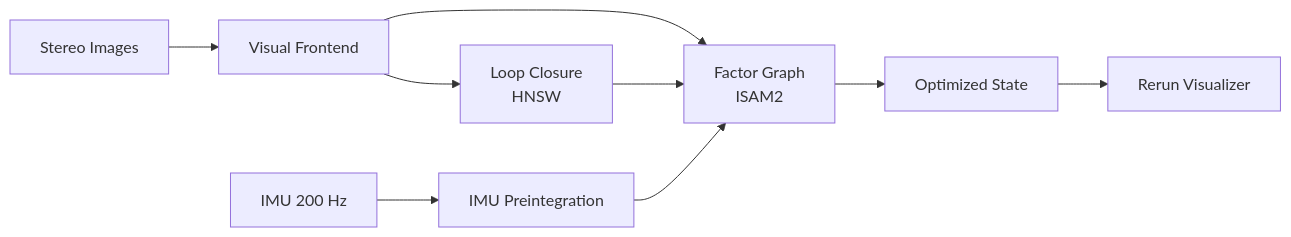
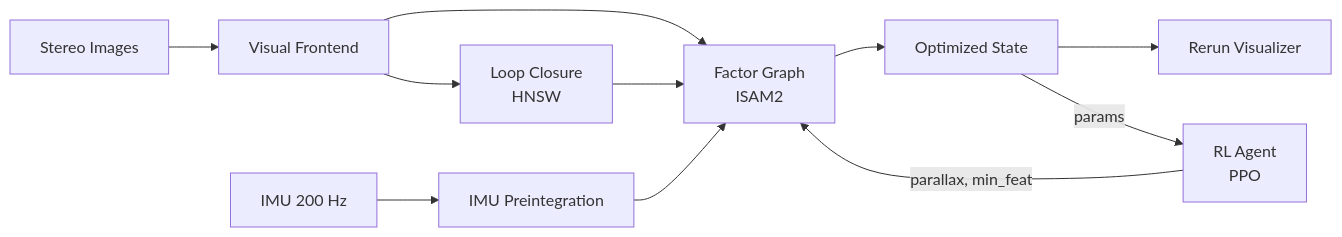
One commit to liorsl1/VIO-Tightly changed the first of 2 diagrams in README.md. Above: the diagram before and after it, drawn with Mermaid. The commit also changed other lines of this file and 1 other file, not shown here.

Commit message:
direct-method: Update readme file, with new factor-graph vis.

````diff
--- a/README.md
+++ b/README.md
@@ -21,11 +27,13 @@
 ```mermaid
 graph LR
     A[Stereo Images] --> B[Visual Frontend]
     C[IMU 200 Hz] --> D[IMU Preintegration]
     B --> E[Factor Graph<br/>ISAM2]
     D --> E
     B --> F[Loop Closure<br/>HNSW]
     F --> E
     E --> G[Optimized State]
     G --> H[Rerun Visualizer]
+    G -->|params| RL[RL Agent<br/>PPO]
+    RL -->|parallax, min_feat| E
 ```
````
